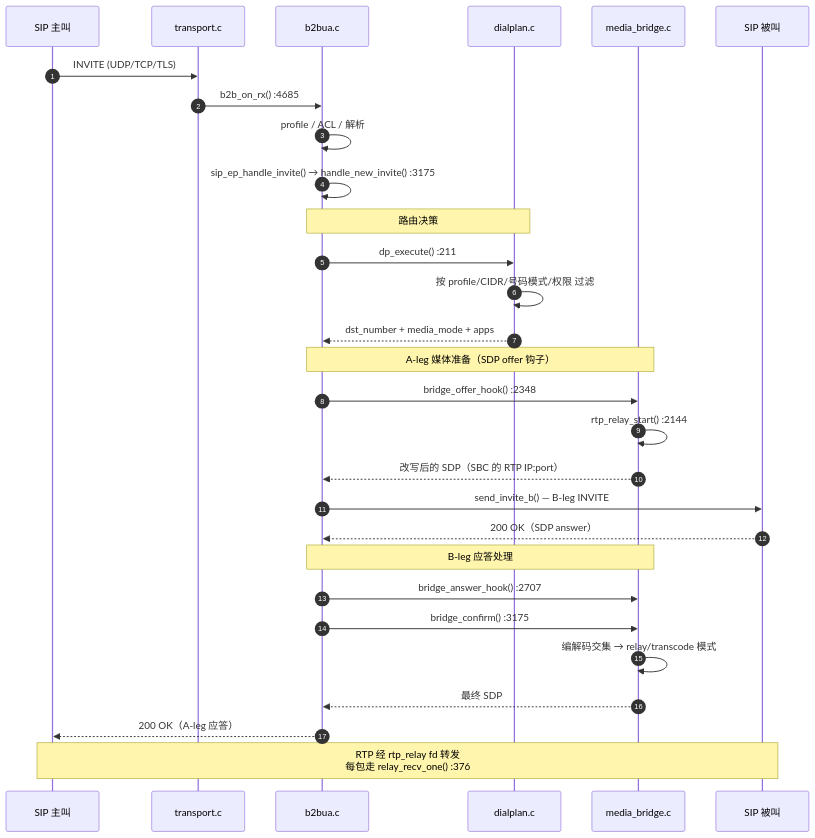
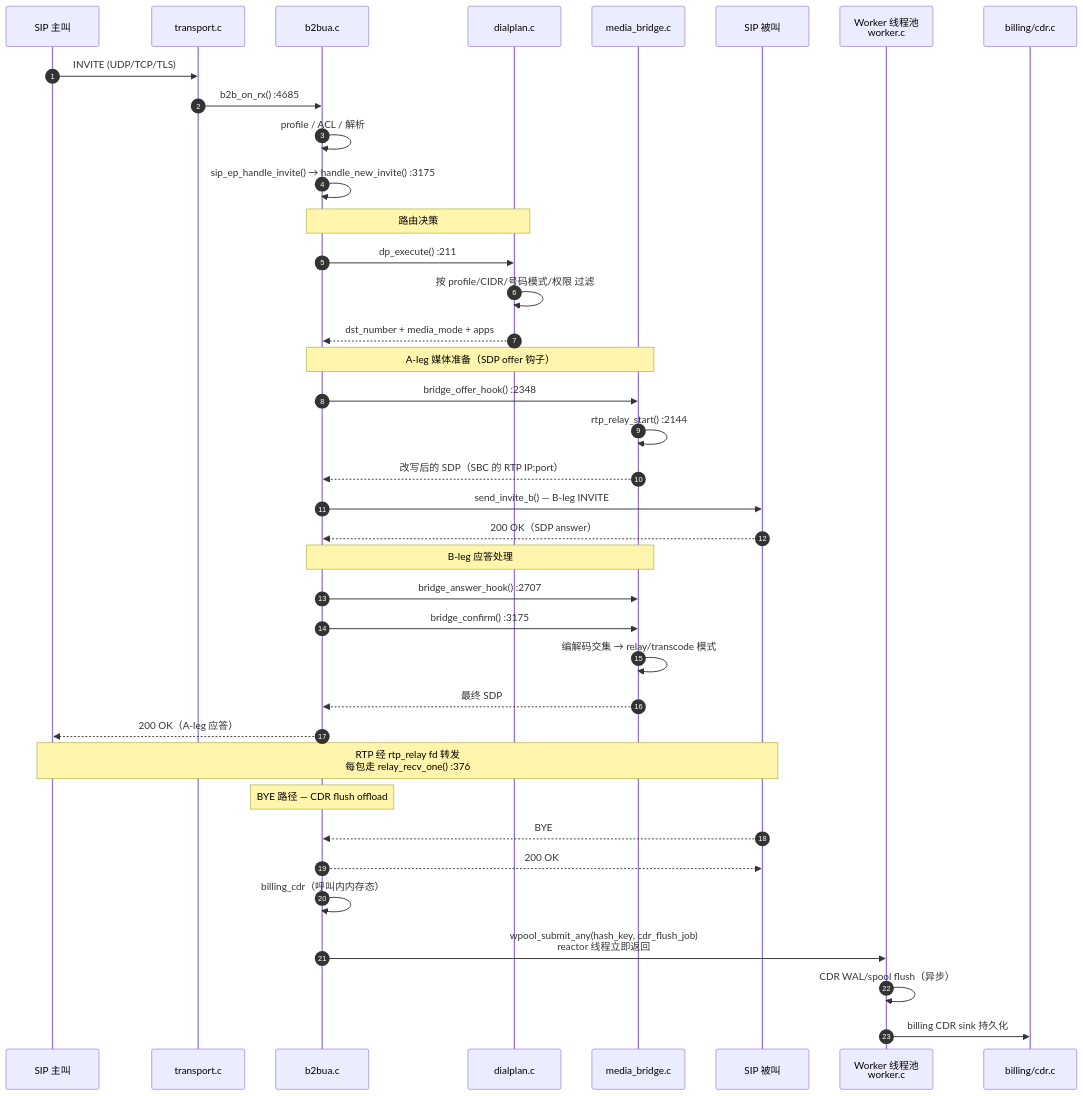
One commit to nwaycn/nsbc changed the second of 5 diagrams in docs/call-flows_cn.md. Above: the diagram before and after it, drawn with Mermaid. The commit also changed other lines of this file and 1103 other files, not shown here.

First line of the commit message:
feat: multi-reactor/multi-worker architecture, billing accounts sync, security hardening

````diff
--- a/docs/call-flows_cn.md
+++ b/docs/call-flows_cn.md
@@ -68,37 +68,47 @@
 ```mermaid
 sequenceDiagram
     autonumber
     participant UAC as SIP 主叫
     participant TR as transport.c
     participant B2 as b2bua.c
     participant DP as dialplan.c
     participant BR as media_bridge.c
     participant UAS as SIP 被叫
+    participant WP as Worker 线程池<br/>worker.c
+    participant BILL as billing/cdr.c
 
     UAC->>TR: INVITE (UDP/TCP/TLS)
     TR->>B2: b2b_on_rx() :4685
     B2->>B2: profile / ACL / 解析
     B2->>B2: sip_ep_handle_invite() → handle_new_invite() :3175
 
     Note over B2,DP: 路由决策
     B2->>DP: dp_execute() :211
     DP->>DP: 按 profile/CIDR/号码模式/权限 过滤
     DP-->>B2: dst_number + media_mode + apps
 
     Note over B2,BR: A-leg 媒体准备（SDP offer 钩子）
     B2->>BR: bridge_offer_hook() :2348
     BR->>BR: rtp_relay_start() :2144
     BR-->>B2: 改写后的 SDP（SBC 的 RTP IP:port）
 
     B2->>UAS: send_invite_b() — B-leg INVITE
     UAS-->>B2: 200 OK（SDP answer）
 
     Note over B2,BR: B-leg 应答处理
     B2->>BR: bridge_answer_hook() :2707
     B2->>BR: bridge_confirm() :3175
     BR->>BR: 编解码交集 → relay/transcode 模式
     BR-->>B2: 最终 SDP
 
     B2-->>UAC: 200 OK（A-leg 应答）
     Note over UAC,UAS: RTP 经 rtp_relay fd 转发<br/>每包走 relay_recv_one() :376
+
+    Note over B2: BYE 路径 — CDR flush offload
+    UAS-->>B2: BYE
+    B2-->>UAS: 200 OK
+    B2->>B2: billing_cdr（呼叫内内存态）
+    B2->>WP: wpool_submit_any(hash_key, cdr_flush_job)<br/>reactor 线程立即返回
+    WP->>WP: CDR WAL/spool flush（异步）
+    WP->>BILL: billing CDR sink 持久化
 ```
````
